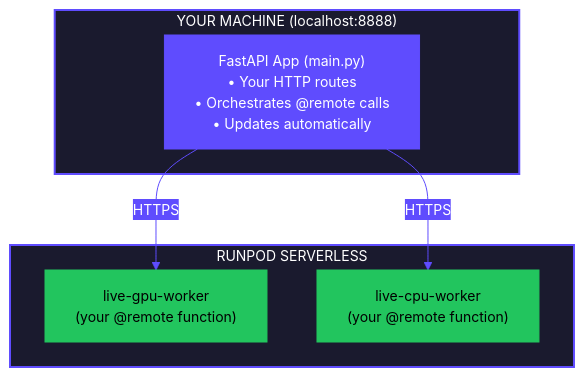
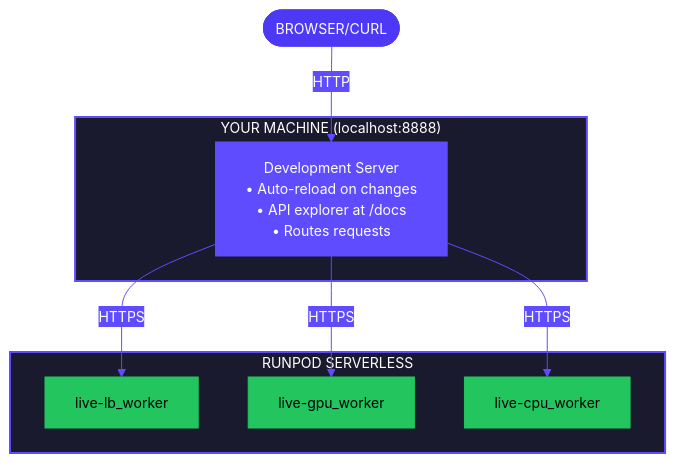
One commit to runpod/docs changed the diagram in flash/cli/run.mdx. Above: the diagram before and after it, drawn with Mermaid. The commit also changed other lines of this file and 28 other files, not shown here.

Commit message:
Update flash init/run/deploy architecture, add resource configuration section, add flash load balancing tutorial

````diff
--- a/flash/cli/run.mdx
+++ b/flash/cli/run.mdx
@@ -54,22 +54,29 @@
 ```mermaid
 %%{init: {'theme':'base', 'themeVariables': { 'primaryColor':'#9289FE','primaryTextColor':'#fff','primaryBorderColor':'#9289FE','lineColor':'#5F4CFE','secondaryColor':'#AE6DFF','tertiaryColor':'#FCB1FF','edgeLabelBackground':'#5F4CFE', 'fontSize':'14px','fontFamily':'font-inter'}}}%%
 
 flowchart TB
+    Browser(["BROWSER/CURL"])
+
     subgraph Local ["YOUR MACHINE (localhost:8888)"]
-        FastAPI["FastAPI App (main.py)<br/>• Your HTTP routes<br/>• Orchestrates @remote calls<br/>• Updates automatically"]
+        DevServer["Development Server<br/>• Auto-reload on changes<br/>• API explorer at /docs<br/>• Routes requests"]
     end
 
     subgraph Runpod ["RUNPOD SERVERLESS"]
-        GPU["live-gpu-worker<br/>(your @remote function)"]
-        CPU["live-cpu-worker<br/>(your @remote function)"]
+        LB["live-lb_worker"]
+        GPU["live-gpu_worker"]
+        CPU["live-cpu_worker"]
     end
 
-    FastAPI -->|"HTTPS"| GPU
-    FastAPI -->|"HTTPS"| CPU
+    Browser -->|"HTTP"| DevServer
+    DevServer -->|"HTTPS"| LB
+    DevServer -->|"HTTPS"| GPU
+    DevServer -->|"HTTPS"| CPU
 
     style Local fill:#1a1a2e,stroke:#5F4CFE,stroke-width:2px,color:#fff
     style Runpod fill:#1a1a2e,stroke:#5F4CFE,stroke-width:2px,color:#fff
-    style FastAPI fill:#5F4CFE,stroke:#5F4CFE,color:#fff
+    style Browser fill:#4D38F5,stroke:#4D38F5,color:#fff
+    style DevServer fill:#5F4CFE,stroke:#5F4CFE,color:#fff
+    style LB fill:#22C55E,stroke:#22C55E,color:#000
     style GPU fill:#22C55E,stroke:#22C55E,color:#000
     style CPU fill:#22C55E,stroke:#22C55E,color:#000
 ```
````
